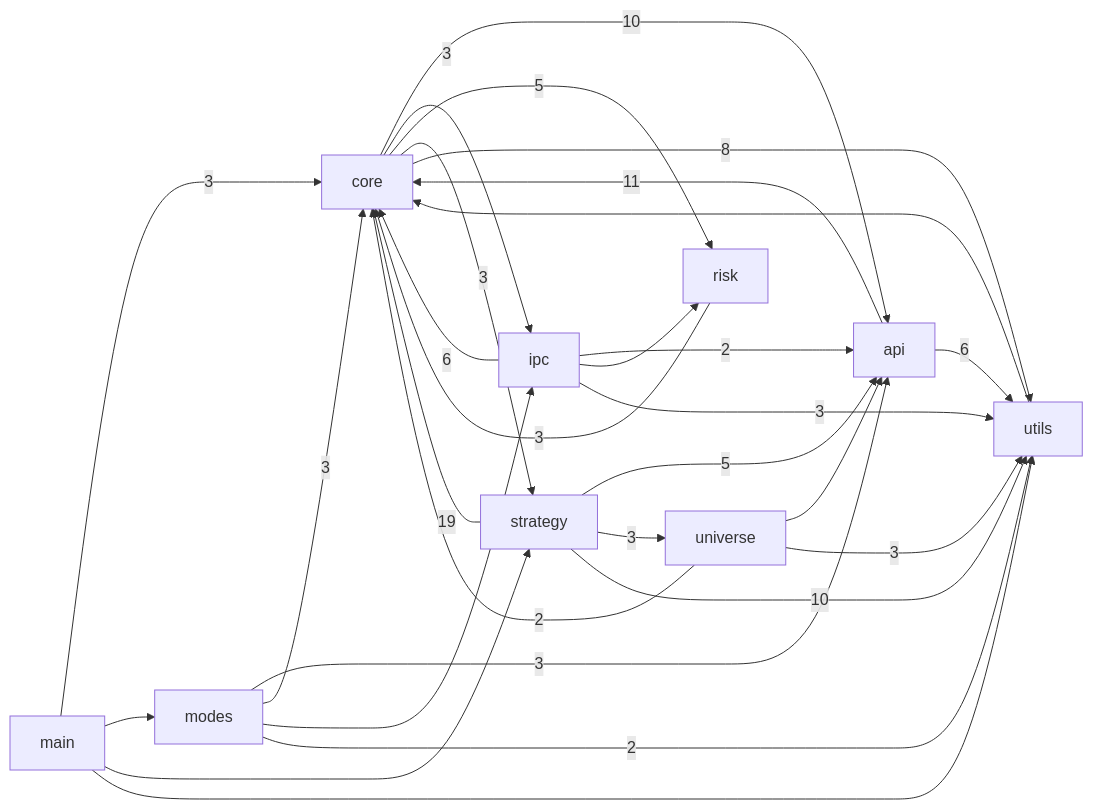
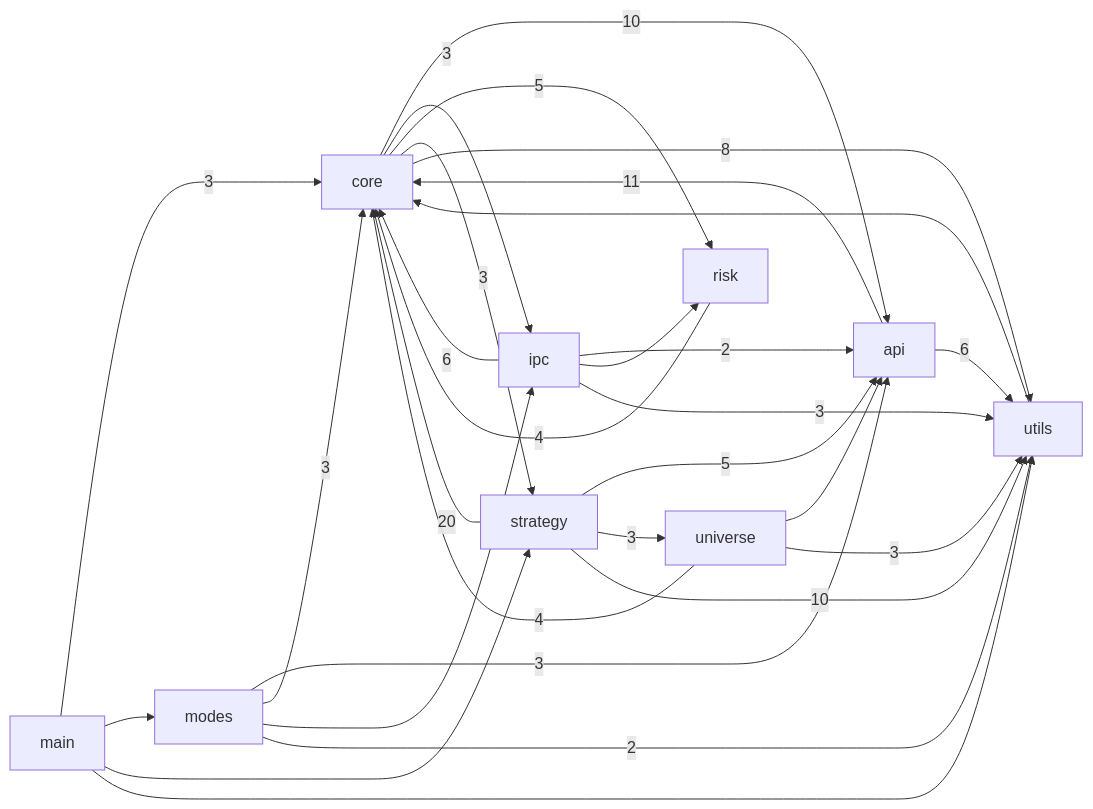
One commit to pypy8171/Quant changed the first of 3 diagrams in docs/CODE_GRAPH.md. Above: the diagram before and after it, drawn with Mermaid. The commit also changed other lines of this file and 45 other files, not shown here.

````diff
--- a/docs/CODE_GRAPH.md
+++ b/docs/CODE_GRAPH.md
@@ -10,40 +10,40 @@
 ```mermaid
 graph LR
   main[main]
   modes[modes]
   core[core]
   strategy[strategy]
   api[api]
   universe[universe]
   risk[risk]
   ipc[ipc]
   utils[utils]
   api -->|11| core
   api -->|6| utils
   core -->|10| api
   core -->|3| ipc
   core -->|5| risk
   core -->|3| strategy
   core -->|8| utils
   ipc -->|2| api
   ipc -->|6| core
   ipc --> risk
   ipc -->|3| utils
   main -->|3| core
   main --> modes
   main --> strategy
   main --> utils
   modes -->|3| api
   modes -->|3| core
   modes --> ipc
   modes -->|2| utils
-  risk -->|3| core
+  risk -->|4| core
   strategy -->|5| api
-  strategy -->|19| core
+  strategy -->|20| core
   strategy -->|3| universe
   strategy -->|10| utils
   universe --> api
-  universe -->|2| core
+  universe -->|4| core
   universe -->|3| utils
   utils --> core
 ```
````
